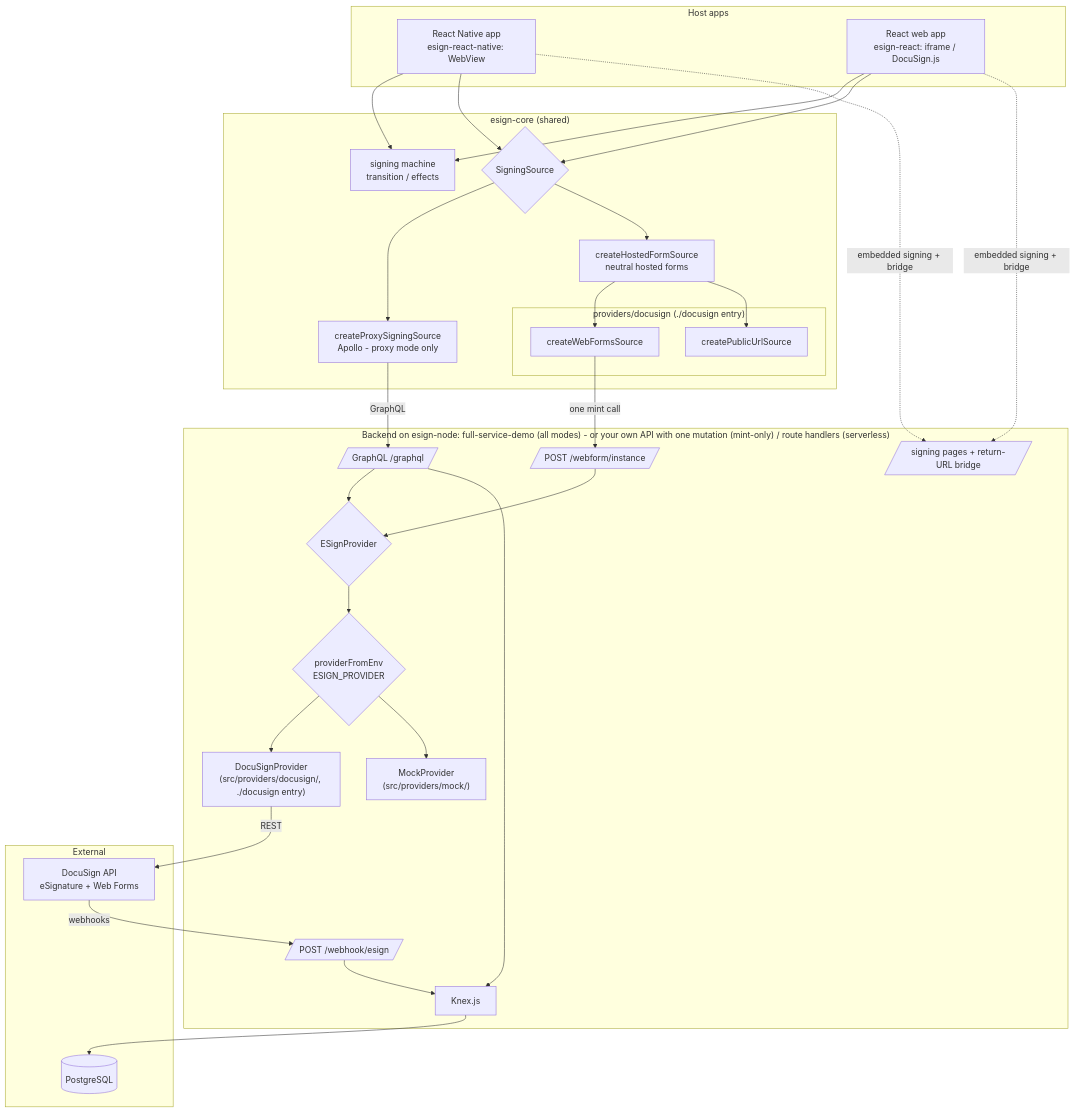
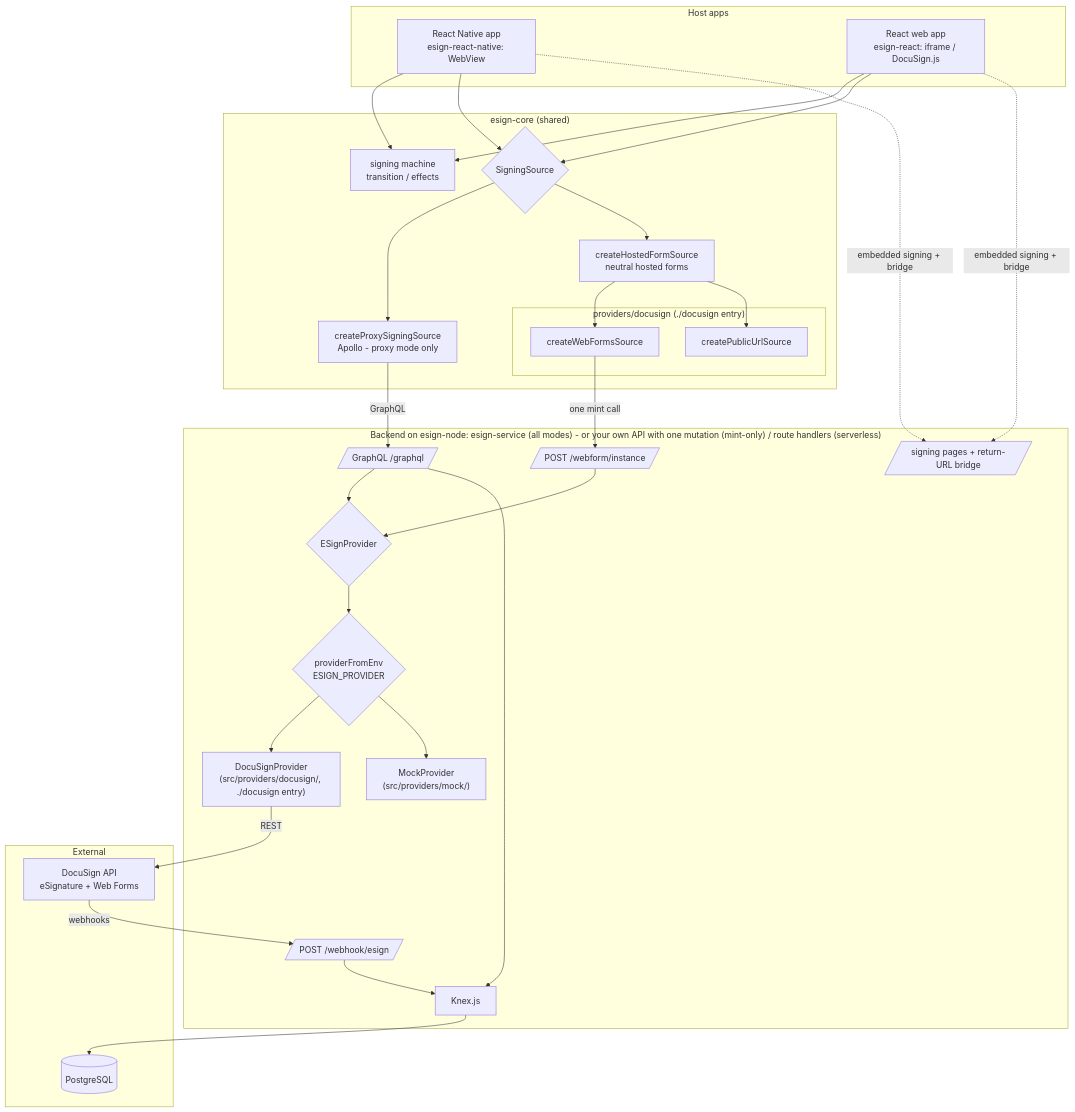
One commit to blinkbitcoin/esign changed the diagram in docs/diagrams/src/system-architecture.mmd. Above: the diagram before and after it, drawn with Mermaid. The commit also changed 148 other files, not shown here.

First line of the commit message:
refactor(node): promote full-service-demo to packages/esign-service

```diff
--- a/docs/diagrams/src/system-architecture.mmd
+++ b/docs/diagrams/src/system-architecture.mmd
@@ -1,53 +1,53 @@
 flowchart TB
     subgraph Hosts["Host apps"]
         RN[React Native app<br/>esign-react-native: WebView]
         WEB[React web app<br/>esign-react: iframe / DocuSign.js]
     end
 
     subgraph Core["esign-core (shared)"]
         MACHINE[signing machine<br/>transition / effects]
         SRC{SigningSource}
         PROXY[createProxySigningSource<br/>Apollo - proxy mode only]
         HF[createHostedFormSource<br/>neutral hosted forms]
         subgraph CoreDS["providers/docusign (./docusign entry)"]
             WF[createWebFormsSource]
             PUB[createPublicUrlSource]
         end
     end
 
-    subgraph Backend["Backend on esign-node: full-service-demo (all modes) - or your own API with one mutation (mint-only) / route handlers (serverless)"]
+    subgraph Backend["Backend on esign-node: esign-service (all modes) - or your own API with one mutation (mint-only) / route handlers (serverless)"]
         GQL[/"GraphQL /graphql"/]
         WFI[/"POST /webform/instance"/]
         WH[/"POST /webhook/esign"/]
         SP[/"signing pages + return-URL bridge"/]
         PROV{ESignProvider}
         DS["DocuSignProvider<br/>(src/providers/docusign/, ./docusign entry)"]
         MOCK["MockProvider<br/>(src/providers/mock/)"]
         REG{providerFromEnv<br/>ESIGN_PROVIDER}
         KNEX[Knex.js]
     end
 
     subgraph External["External"]
         DOCU[DocuSign API<br/>eSignature + Web Forms]
         DB[(PostgreSQL)]
     end
 
     RN --> MACHINE
     WEB --> MACHINE
     RN --> SRC
     WEB --> SRC
     SRC --> PROXY & HF
     HF --> WF & PUB
     PROXY -->|GraphQL| GQL
     WF -->|one mint call| WFI
     GQL --> PROV
     WFI --> PROV
     PROV --> REG
     REG --> DS & MOCK
     DS -->|REST| DOCU
     DOCU -->|webhooks| WH
     GQL --> KNEX
     WH --> KNEX
     KNEX --> DB
     RN -.->|embedded signing + bridge| SP
     WEB -.->|embedded signing + bridge| SP
```
